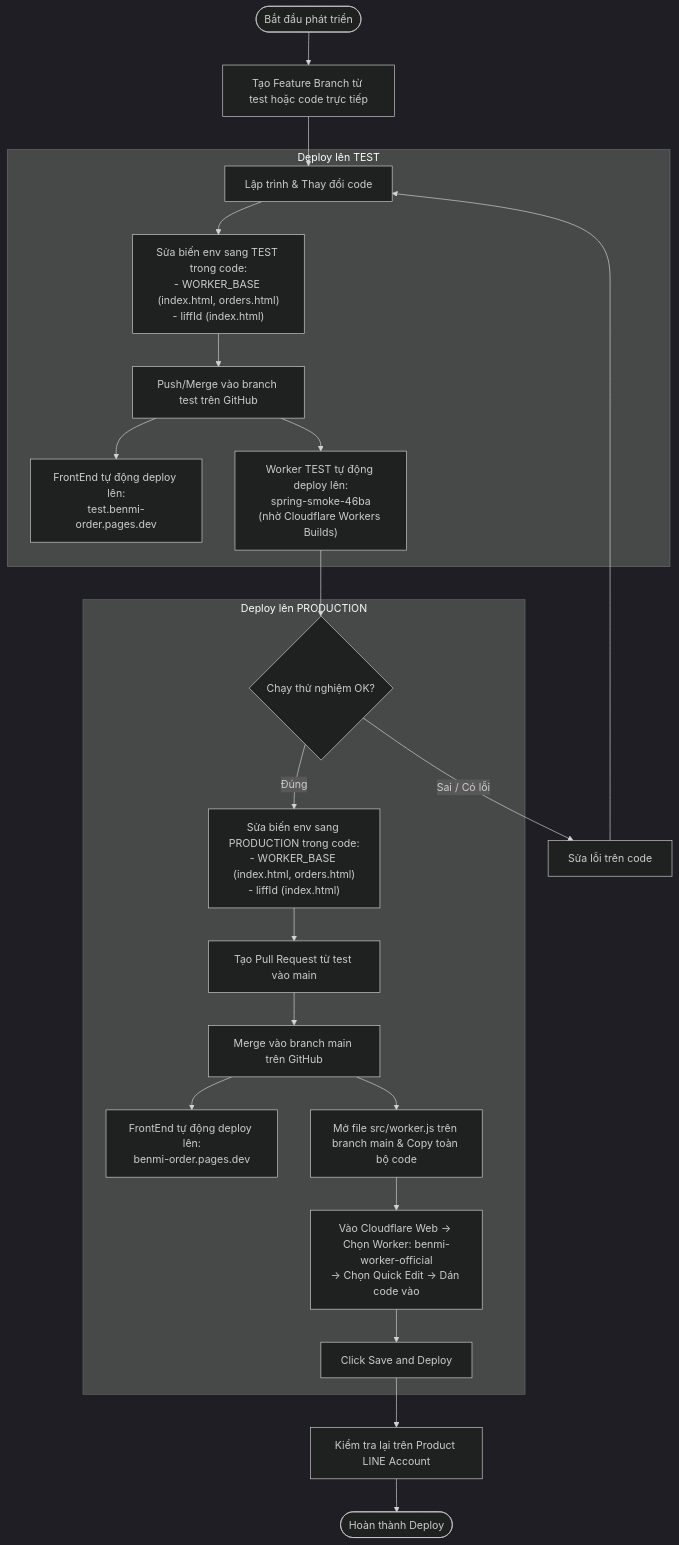
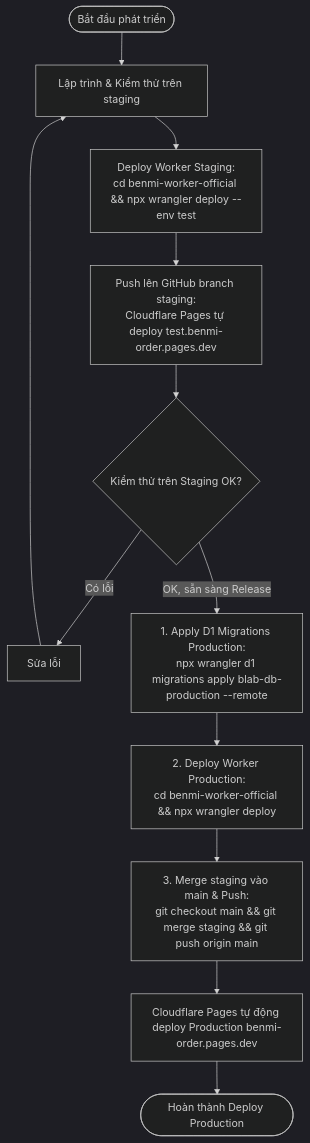
The second of 2 diagrams in README.md (Thuanmai56/benmi-order), drawn with Mermaid (dark theme) before and after one commit. The commit also changed other lines of this file, not shown here.

Commit message:
docs: update deployment and architecture documentation for multi-tenant platform

````diff
--- a/README.md
+++ b/README.md
@@ -83,30 +71,16 @@
 ```mermaid
 flowchart TD
-    Start([Bắt đầu phát triển]) --> CreateBranch[Tạo Feature Branch từ test hoặc code trực tiếp]
-    CreateBranch --> Coding[Lập trình & Thay đổi code]
+    Start([Bắt đầu phát triển]) --> CodeChange[Lập trình & Kiểm thử trên staging]
+    CodeChange --> DeployWorkerTest["Deploy Worker Staging:<br>cd benmi-worker-official && npx wrangler deploy --env test"]
+    DeployWorkerTest --> PushStaging["Push lên GitHub branch staging:<br>Cloudflare Pages tự deploy test.benmi-order.pages.dev"]
+    PushStaging --> VerifyTest{Kiểm thử trên Staging OK?}
     
-    subgraph deploy_test ["Deploy lên TEST"]
-        Coding --> SetTestEnv["Sửa biến env sang TEST trong code:<br>- WORKER_BASE (index.html, orders.html)<br>- liffId (index.html)"]
-        SetTestEnv --> PushTest[Push/Merge vào branch test trên GitHub]
-        PushTest --> PagesTest["FrontEnd tự động deploy lên:<br>test.benmi-order.pages.dev"]
-        PushTest --> DeployWorkerTest["Worker TEST tự động deploy lên:<br>spring-smoke-46ba<br>(nhờ Cloudflare Workers Builds)"]
-    end
-
-    DeployWorkerTest --> Testing{Chạy thử nghiệm OK?}
+    VerifyTest -- Có lỗi --> FixBug[Sửa lỗi]
+    FixBug --> CodeChange
     
-    subgraph deploy_prod ["Deploy lên PRODUCTION"]
-        Testing -- Đúng --> SetProdEnv["Sửa biến env sang PRODUCTION trong code:<br>- WORKER_BASE (index.html, orders.html)<br>- liffId (index.html)"]
-        SetProdEnv --> CreatePR[Tạo Pull Request từ test vào main]
-        CreatePR --> MergeMain[Merge vào branch main trên GitHub]
-        MergeMain --> PagesProd["FrontEnd tự động deploy lên:<br>benmi-order.pages.dev"]
-        MergeMain --> CopyWorkerProd[Mở file src/worker.js trên branch main & Copy toàn bộ code]
-        CopyWorkerProd --> PasteWorkerProd["Vào Cloudflare Web -> Chọn Worker: benmi-worker-official<br>-> Chọn Quick Edit -> Dán code vào"]
-        PasteWorkerProd --> DeployWorkerProd[Click Save and Deploy]
-    end
-
-    DeployWorkerProd --> Verify[Kiểm tra lại trên Product LINE Account]
-    Verify --> End([Hoàn thành Deploy])
-    
-    Testing -- Sai / Có lỗi --> FixBug[Sửa lỗi trên code]
-    FixBug --> Coding
+    VerifyTest -- OK, sẵn sàng Release --> ApplyD1Prod["1. Apply D1 Migrations Production:<br>npx wrangler d1 migrations apply blab-db-production --remote"]
+    ApplyD1Prod --> DeployWorkerProd["2. Deploy Worker Production:<br>cd benmi-worker-official && npx wrangler deploy"]
+    DeployWorkerProd --> MergeMain["3. Merge staging vào main & Push:<br>git checkout main && git merge staging && git push origin main"]
+    MergeMain --> PagesProd["Cloudflare Pages tự động deploy Production benmi-order.pages.dev"]
+    PagesProd --> End([Hoàn thành Deploy Production])
 ```
````
